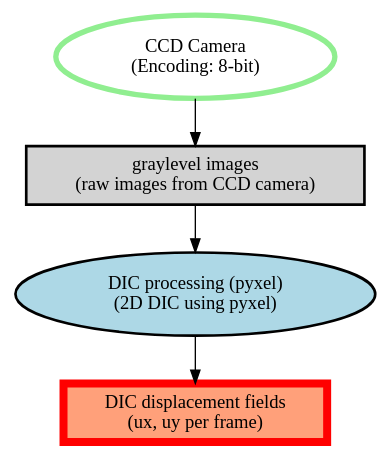
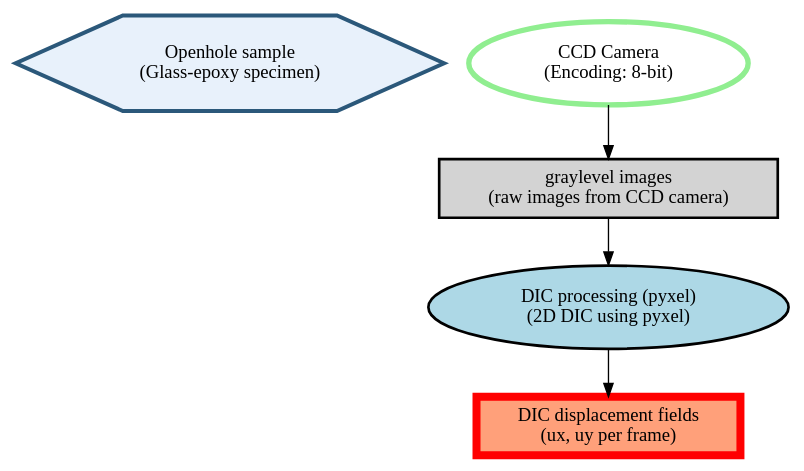
One commit to jeffwitz/R3XA_API changed the diagram in examples/artifacts/graph_dic_pipeline.dot. Above: the diagram before and after it, drawn with Graphviz. The commit also changed 52 other files, not shown here.

Commit message:
feat(schema): complete 2026.9.8 API integration

```diff
--- a/examples/artifacts/graph_dic_pipeline.dot
+++ b/examples/artifacts/graph_dic_pipeline.dot
@@ -1,15 +1,17 @@
 // R3XA graph
 digraph {
 	node [margin="0.2,0.1"]
-	gpwojlubbxomeyrlimsmtaoq [label="CCD Camera
+	mkllsvkmwjodavfgrpzrgvay [label="Openhole sample
+(Glass-epoxy specimen)" color="#2b587a" fillcolor="#e8f1fb" penwidth=3 shape=hexagon style=filled]
+	ndtsuemqoswuvcuysmtvblmk [label="CCD Camera
 (Encoding: 8-bit)" color=lightgreen fillcolor=white penwidth=4 shape=ellipse style=filled]
-	epjeqxqznutkbdhstnvlzstv [label="DIC processing (pyxel)
+	tqhvocoqzlgwwlzionhydxvn [label="DIC processing (pyxel)
 (2D DIC using pyxel)" color=black fillcolor=lightblue penwidth=2 shape=ellipse style=filled]
-	yzqbcxrpkpmgokzvybbaoaie [label="graylevel images
+	uckwhuagiizyuhikaqdfppeo [label="graylevel images
 (raw images from CCD camera)" color=black fillcolor=lightgrey penwidth=2 shape=box style=filled]
-	dseyyjnjhhassfgktihvuzga [label="DIC displacement fields
+	oxaeffiixuicvvdrjwozhold [label="DIC displacement fields
 (ux, uy per frame)" color=red fillcolor="#FFA07A" penwidth=6 shape=box style=filled]
-	yzqbcxrpkpmgokzvybbaoaie -> epjeqxqznutkbdhstnvlzstv [color=black]
-	gpwojlubbxomeyrlimsmtaoq -> yzqbcxrpkpmgokzvybbaoaie [color=black]
-	epjeqxqznutkbdhstnvlzstv -> dseyyjnjhhassfgktihvuzga [color=black]
+	uckwhuagiizyuhikaqdfppeo -> tqhvocoqzlgwwlzionhydxvn [color=black]
+	ndtsuemqoswuvcuysmtvblmk -> uckwhuagiizyuhikaqdfppeo [color=black]
+	tqhvocoqzlgwwlzionhydxvn -> oxaeffiixuicvvdrjwozhold [color=black]
 }
```
